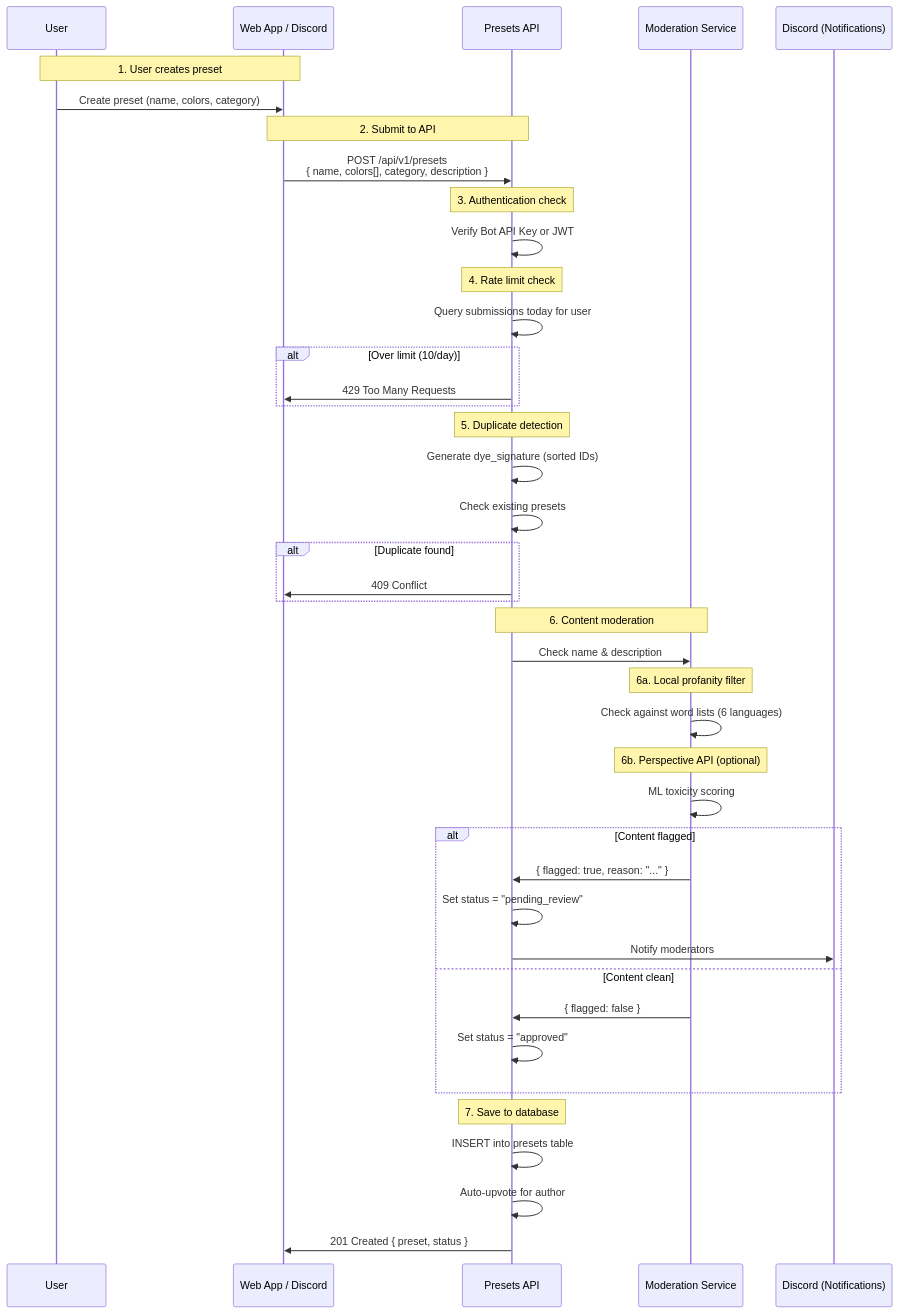
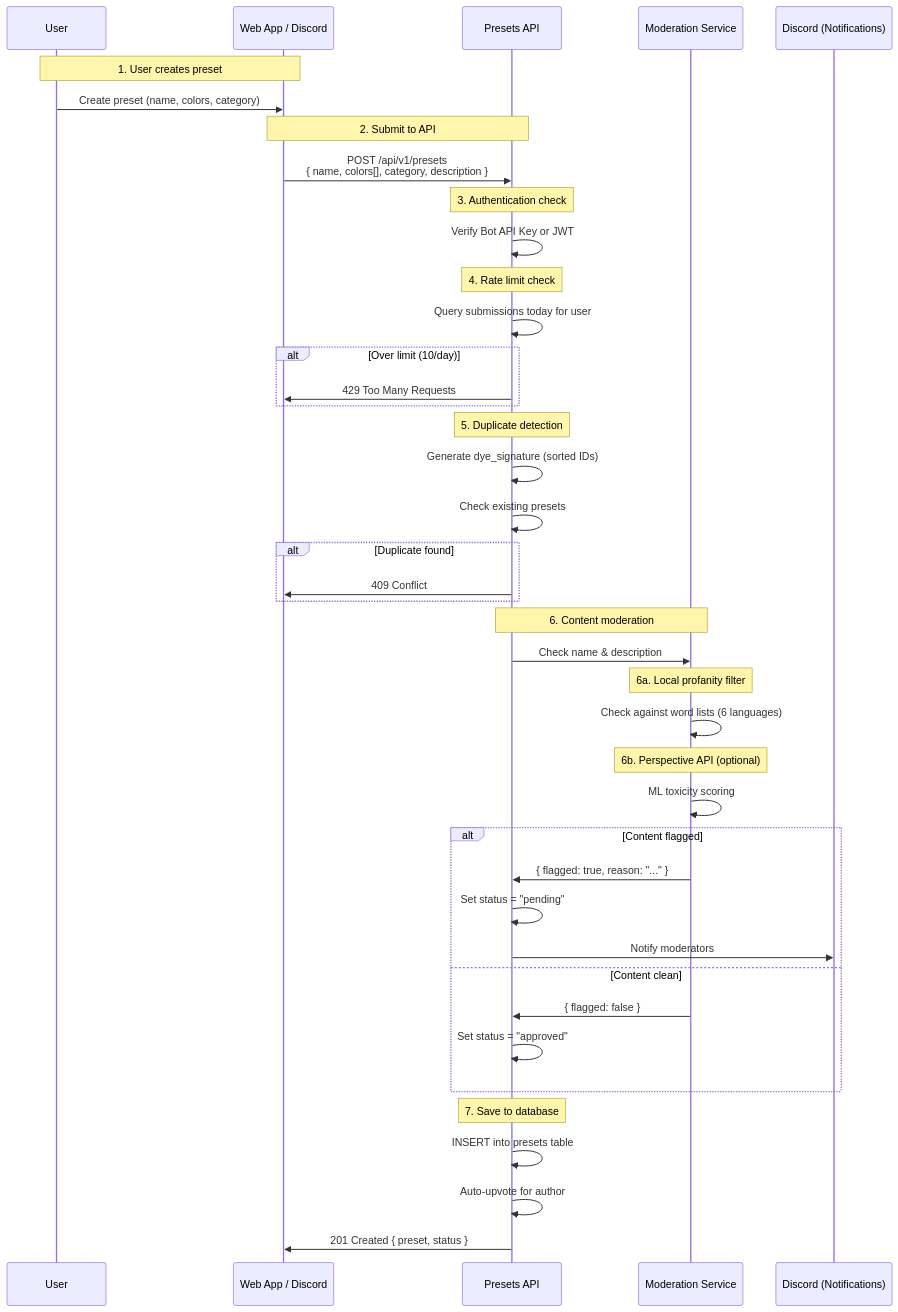
One commit to FlashGalatine/xivdyetools changed the second of 6 diagrams in docs/architecture/data-flow.md. Above: the diagram before and after it, drawn with Mermaid. The commit also changed other lines of this file and 206 other files, not shown here.

````diff
--- a/docs/architecture/data-flow.md
+++ b/docs/architecture/data-flow.md
@@ -77,54 +82,54 @@
 ```mermaid
 sequenceDiagram
     participant User
     participant Client as Web App / Discord
     participant Presets as Presets API
     participant Mod as Moderation Service
     participant Discord as Discord (Notifications)
 
     Note over User,Client: 1. User creates preset
     User->>Client: Create preset (name, colors, category)
 
     Note over Client,Presets: 2. Submit to API
     Client->>Presets: POST /api/v1/presets<br/>{ name, colors[], category, description }
 
     Note over Presets: 3. Authentication check
     Presets->>Presets: Verify Bot API Key or JWT
 
     Note over Presets: 4. Rate limit check
     Presets->>Presets: Query submissions today for user
     alt Over limit (10/day)
         Presets->>Client: 429 Too Many Requests
     end
 
     Note over Presets: 5. Duplicate detection
     Presets->>Presets: Generate dye_signature (sorted IDs)
     Presets->>Presets: Check existing presets
     alt Duplicate found
         Presets->>Client: 409 Conflict
     end
 
     Note over Presets,Mod: 6. Content moderation
     Presets->>Mod: Check name & description
 
     Note over Mod: 6a. Local profanity filter
     Mod->>Mod: Check against word lists (6 languages)
 
     Note over Mod: 6b. Perspective API (optional)
     Mod->>Mod: ML toxicity scoring
 
     alt Content flagged
         Mod->>Presets: { flagged: true, reason: "..." }
-        Presets->>Presets: Set status = "pending_review"
+        Presets->>Presets: Set status = "pending"
         Presets->>Discord: Notify moderators
     else Content clean
         Mod->>Presets: { flagged: false }
         Presets->>Presets: Set status = "approved"
     end
 
     Note over Presets: 7. Save to database
     Presets->>Presets: INSERT into presets table
     Presets->>Presets: Auto-upvote for author
 
     Presets->>Client: 201 Created { preset, status }
 ```
````
